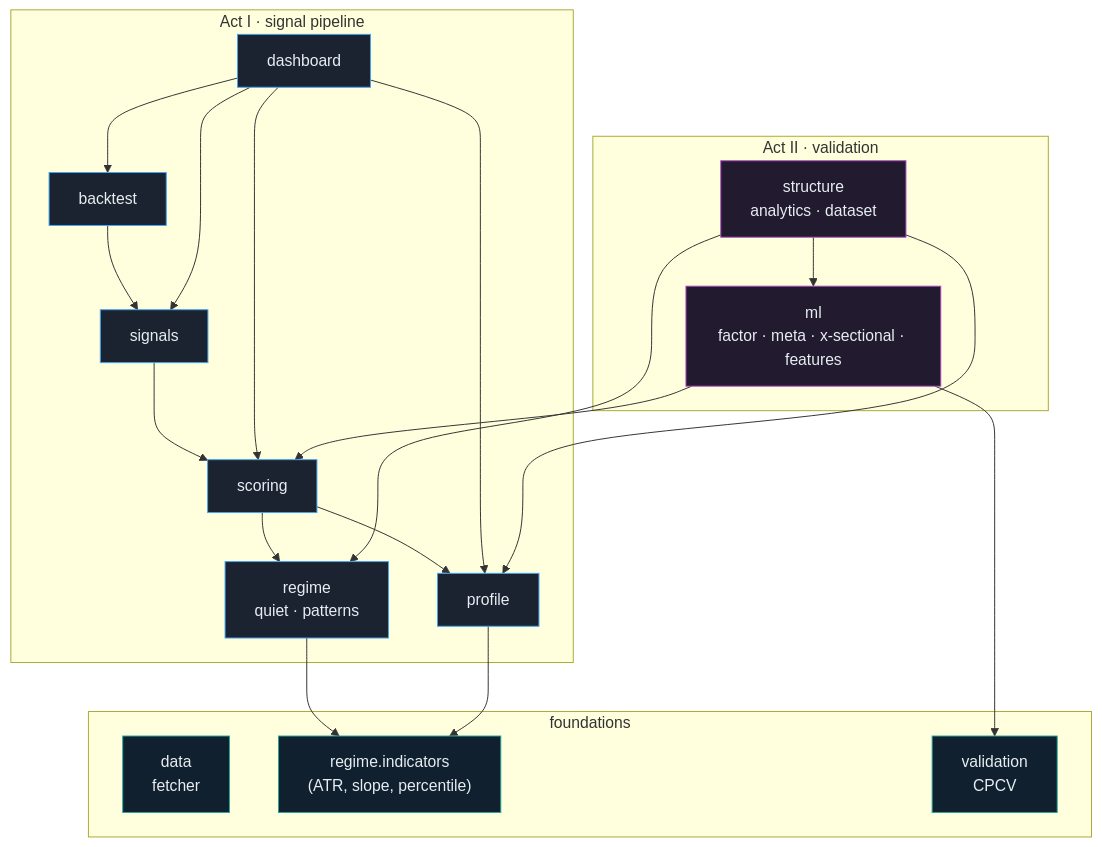
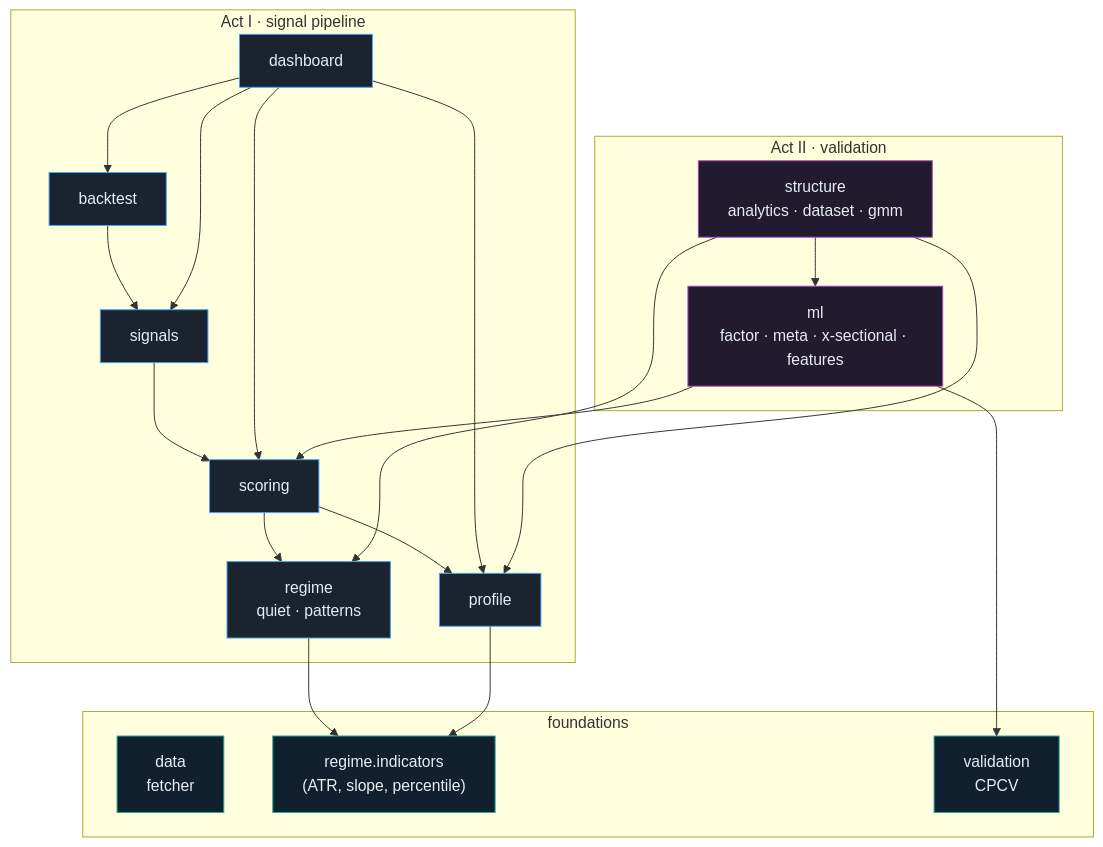
Before and after one commit to RvL13Capital/Impfdireinen: the diagram in docs/ARCHITECTURE.md, drawn with Mermaid. The commit also changed other lines of this file and 7 other files, not shown here.

````diff
--- a/docs/ARCHITECTURE.md
+++ b/docs/ARCHITECTURE.md
@@ -31,33 +31,33 @@
 ```mermaid
 flowchart TD
   subgraph found["foundations"]
     DATA["data<br/>fetcher"]
     IND["regime.indicators<br/>(ATR, slope, percentile)"]
     VAL["validation<br/>CPCV"]
   end
   subgraph act1["Act I · signal pipeline"]
     PROF["profile"]
     REG["regime<br/>quiet · patterns"]
     SCORE["scoring"]
     SIG["signals"]
     BT["backtest"]
     DASH["dashboard"]
   end
   subgraph act2["Act II · validation"]
     ML["ml<br/>factor · meta · x-sectional · features"]
-    STR["structure<br/>analytics · dataset"]
+    STR["structure<br/>analytics · dataset · gmm"]
   end
 
   REG --> IND
   PROF --> IND
   SCORE --> PROF & REG
   SIG --> SCORE
   BT --> SIG
   DASH --> SCORE & SIG & BT & PROF
   ML --> VAL & SCORE
   STR --> PROF & REG & ML
   classDef f fill:#10202e,stroke:#26a69a,color:#e6edf3;
   classDef a fill:#1b2330,stroke:#42a5f5,color:#e6edf3;
   classDef b fill:#221a2e,stroke:#ab47bc,color:#e6edf3;
   class DATA,IND,VAL f; class PROF,REG,SCORE,SIG,BT,DASH a; class ML,STR b;
 ```
````
